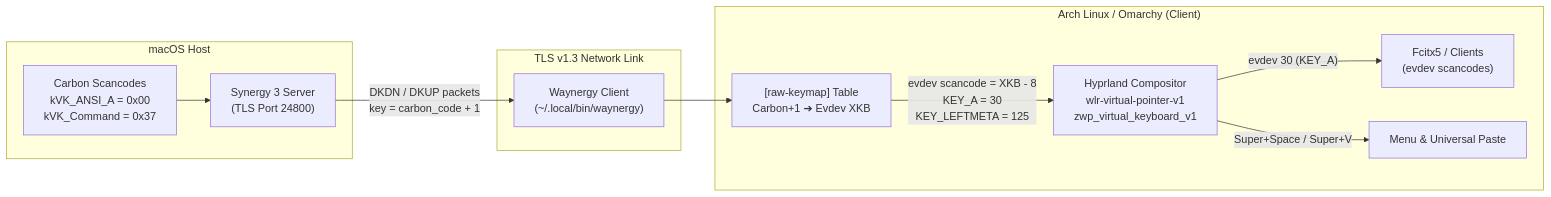
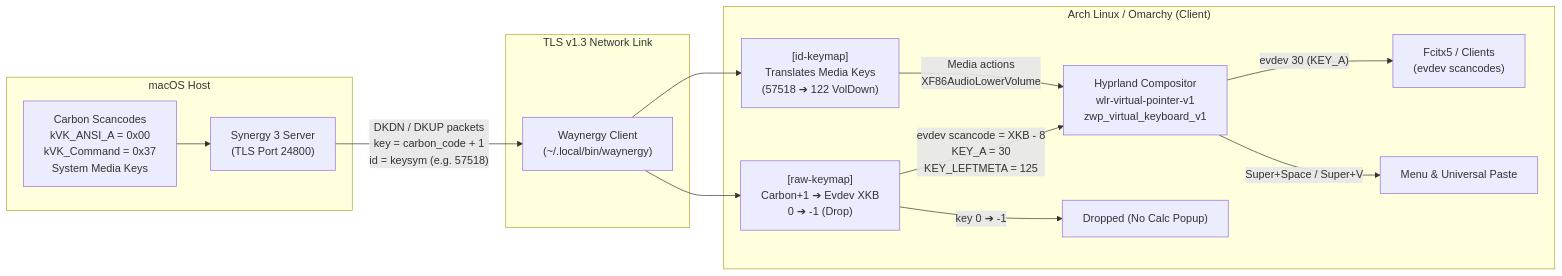
The diagram in README.md (micro23/synergy-omarchy), drawn with Mermaid before and after one commit. The commit also changed other lines of this file, not shown here.

Commit message:
Expand guide with numpad and media-key fixes

````diff
--- a/README.md
+++ b/README.md
@@ -17,24 +19,28 @@
 ```mermaid
 flowchart LR
     subgraph macOS Server ["macOS Host"]
         MacCore["Synergy 3 Server<br/>(TLS Port 24800)"]
-        AppleInput["Carbon Scancodes<br/>kVK_ANSI_A = 0x00<br/>kVK_Command = 0x37"]
+        AppleInput["Carbon Scancodes<br/>kVK_ANSI_A = 0x00<br/>kVK_Command = 0x37<br/>System Media Keys"]
         AppleInput --> MacCore
     end
 
     subgraph Network ["TLS v1.3 Network Link"]
-        MacCore -->|"DKDN / DKUP packets<br/>key = carbon_code + 1"| Waynergy
+        MacCore -->|"DKDN / DKUP packets<br/>key = carbon_code + 1<br/>id = keysym (e.g. 57518)"| Waynergy
     end
 
     subgraph Linux Client ["Arch Linux / Omarchy (Client)"]
         Waynergy["Waynergy Client<br/>(~/.local/bin/waynergy)"]
-        RawMap["[raw-keymap] Table<br/>Carbon+1 ➔ Evdev XKB"]
+        IDMap["[id-keymap]<br/>Translates Media Keys<br/>(57518 ➔ 122 VolDown)"]
+        RawMap["[raw-keymap]<br/>Carbon+1 ➔ Evdev XKB<br/>0 ➔ -1 (Drop)"]
         Hyprland["Hyprland Compositor<br/>wlr-virtual-pointer-v1<br/>zwp_virtual_keyboard_v1"]
         Fcitx["Fcitx5 / Clients<br/>(evdev scancodes)"]
 
+        Waynergy --> IDMap
         Waynergy --> RawMap
+        IDMap -->|"Media actions<br/>XF86AudioLowerVolume"| Hyprland
         RawMap -->|"evdev scancode = XKB - 8<br/>KEY_A = 30<br/>KEY_LEFTMETA = 125"| Hyprland
+        RawMap -->|"key 0 ➔ -1"| DropSink["Dropped (No Calc Popup)"]
         Hyprland -->|"Super+Space / Super+V"| DesktopActions["Menu & Universal Paste"]
         Hyprland -->|"evdev 30 (KEY_A)"| Fcitx
     end
 ```
````
